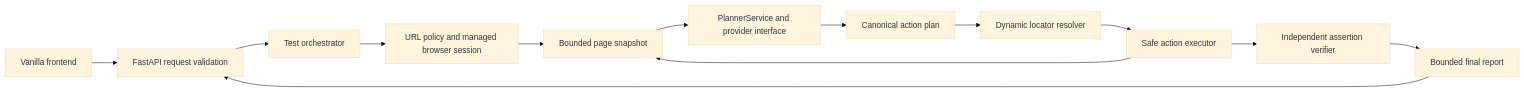
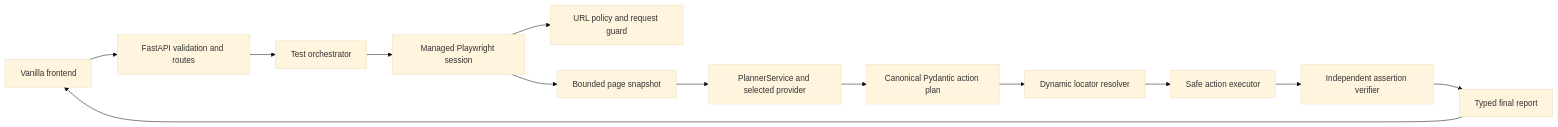
One commit to sakshamiishra/EBrowserAgent changed the diagram in README.md. Above: the diagram before and after it, drawn with Mermaid (base theme). The commit also changed other lines of this file, not shown here.

````diff
--- a/README.md
+++ b/README.md
@@ -37,15 +25,15 @@
 ```mermaid
 flowchart LR
-    UI[Vanilla frontend] --> API[FastAPI request validation]
-    API --> RUN[Test orchestrator]
-    RUN --> URL[URL policy and managed browser session]
-    URL --> INSPECT[Bounded page snapshot]
-    INSPECT --> PLAN[PlannerService and provider interface]
-    PLAN --> ACTION[Canonical action plan]
-    ACTION --> LOC[Dynamic locator resolver]
+    UI[Vanilla frontend] --> API[FastAPI validation and routes]
+    API --> ORCH[Test orchestrator]
+    ORCH --> BROWSER[Managed Playwright session]
+    BROWSER --> POLICY[URL policy and request guard]
+    BROWSER --> SNAP[Bounded page snapshot]
+    SNAP --> PLANNER[PlannerService and selected provider]
+    PLANNER --> PLAN[Canonical Pydantic action plan]
+    PLAN --> LOC[Dynamic locator resolver]
     LOC --> EXEC[Safe action executor]
-    EXEC --> INSPECT
     EXEC --> VERIFY[Independent assertion verifier]
-    VERIFY --> REPORT[Bounded final report]
-    REPORT --> API
+    VERIFY --> REPORT[Typed final report]
+    REPORT --> UI
 ```
````
